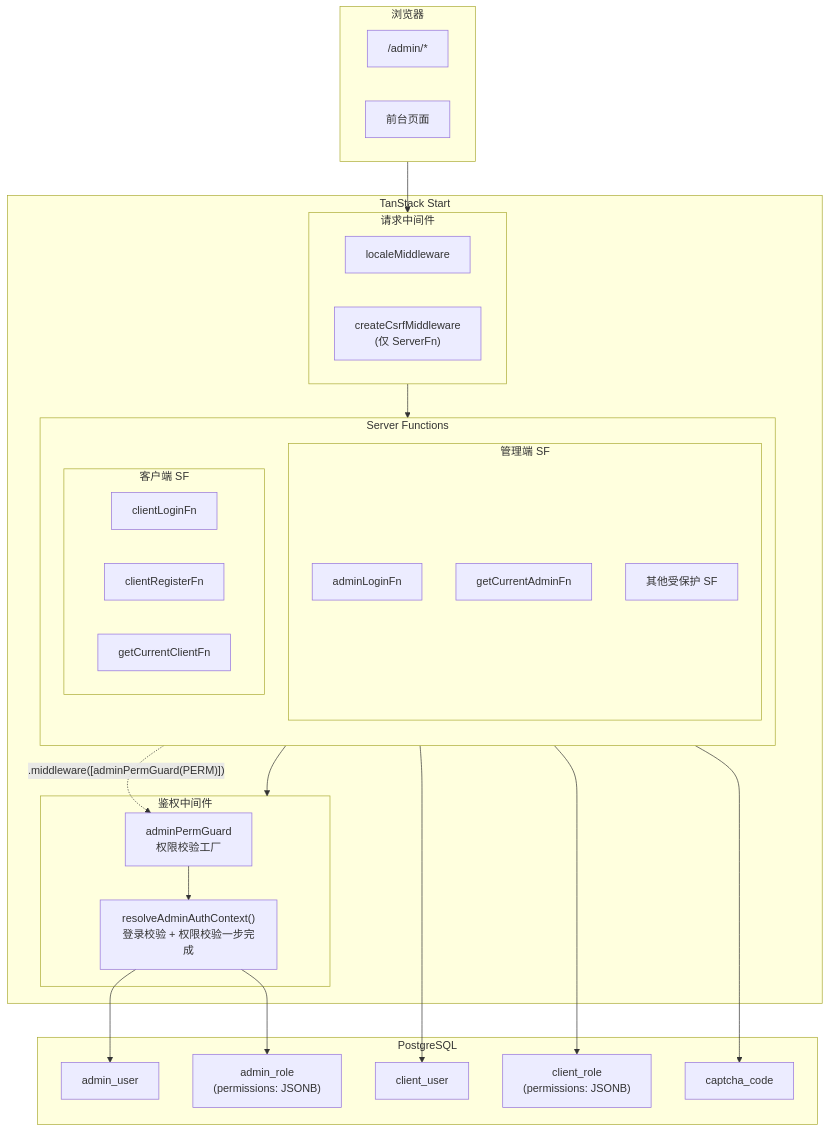
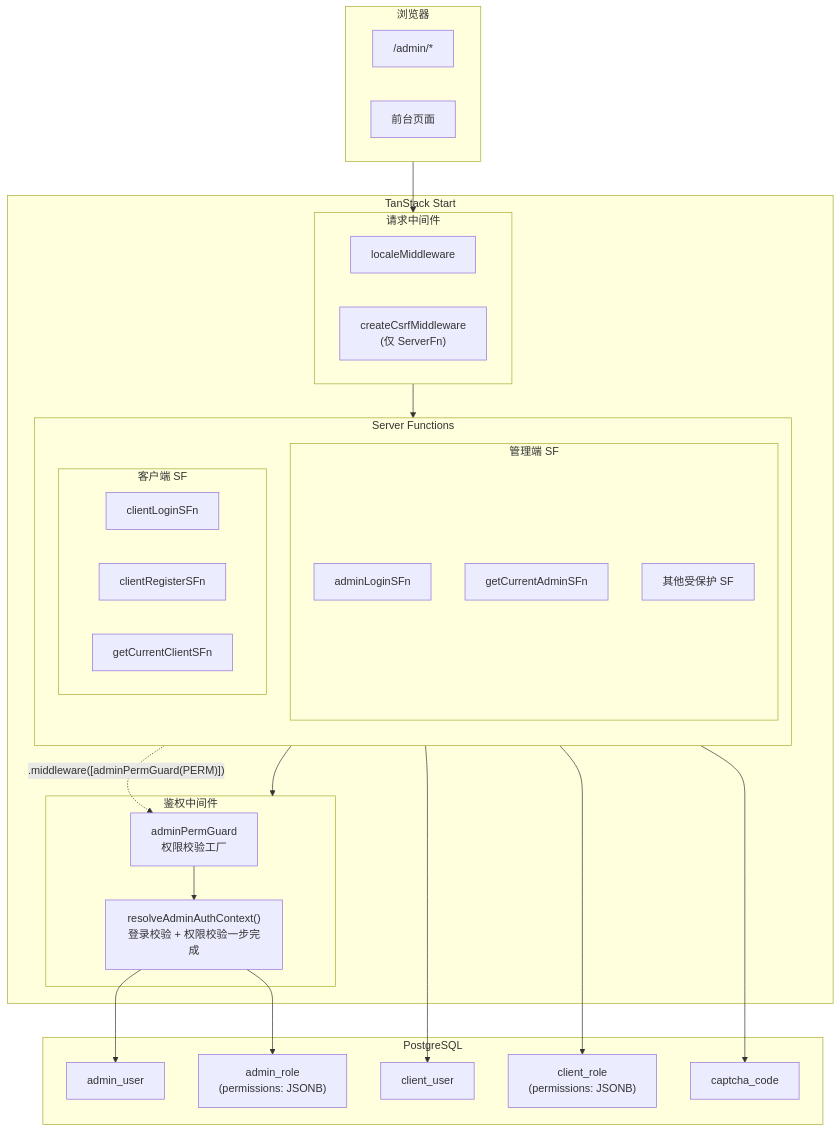
Before and after one commit to easyx-dev/fsdx: the first of 6 diagrams in docs/auth-permission-model.md, drawn with Mermaid. The commit also changed other lines of this file and 13 other files, not shown here.

````diff
--- a/docs/auth-permission-model.md
+++ b/docs/auth-permission-model.md
@@ -18,53 +18,53 @@
 ```mermaid
 flowchart TB
     subgraph Browser["浏览器"]
         direction LR
         AdminPage["/admin/*"]
         ClientPage["前台页面"]
     end
 
     subgraph TanStackStart["TanStack Start"]
         subgraph RequestMiddleware["请求中间件"]
             Locale["localeMiddleware"]
             CSRF["createCsrfMiddleware<br/>(仅 ServerFn)"]
         end
 
         subgraph ServerFunctions["Server Functions"]
             direction TB
             subgraph AdminSF["管理端 SF"]
-                Login["adminLoginFn"]
-                CurrentAdmin["getCurrentAdminFn"]
+                Login["adminLoginSFn"]
+                CurrentAdmin["getCurrentAdminSFn"]
                 Protected["其他受保护 SF"]
             end
             subgraph ClientSF["客户端 SF"]
-                ClientLogin["clientLoginFn"]
-                ClientRegister["clientRegisterFn"]
-                CurrentClient["getCurrentClientFn"]
+                ClientLogin["clientLoginSFn"]
+                ClientRegister["clientRegisterSFn"]
+                CurrentClient["getCurrentClientSFn"]
             end
         end
 
         subgraph AuthMiddleware["鉴权中间件"]
             PermGuard["adminPermGuard<br/>权限校验工厂"]
             Resolver["resolveAdminAuthContext()<br/>登录校验 + 权限校验一步完成"]
         end
     end
 
     subgraph DB["PostgreSQL"]
         AdminTbl["admin_user"]
         RoleTbl["admin_role<br/>(permissions: JSONB)"]
         ClientTbl["client_user"]
         ClientRoleTbl["client_role<br/>(permissions: JSONB)"]
         CaptchaTbl["captcha_code"]
     end
 
     Browser --> RequestMiddleware
     RequestMiddleware --> ServerFunctions
     AdminSF --> AuthMiddleware
     Protected -.->|".middleware([adminPermGuard(PERM)])"| PermGuard
     PermGuard --> Resolver
     Resolver --> AdminTbl
     Resolver --> RoleTbl
     ClientSF --> ClientTbl
     ClientSF --> ClientRoleTbl
     ClientSF --> CaptchaTbl
 ```
````
